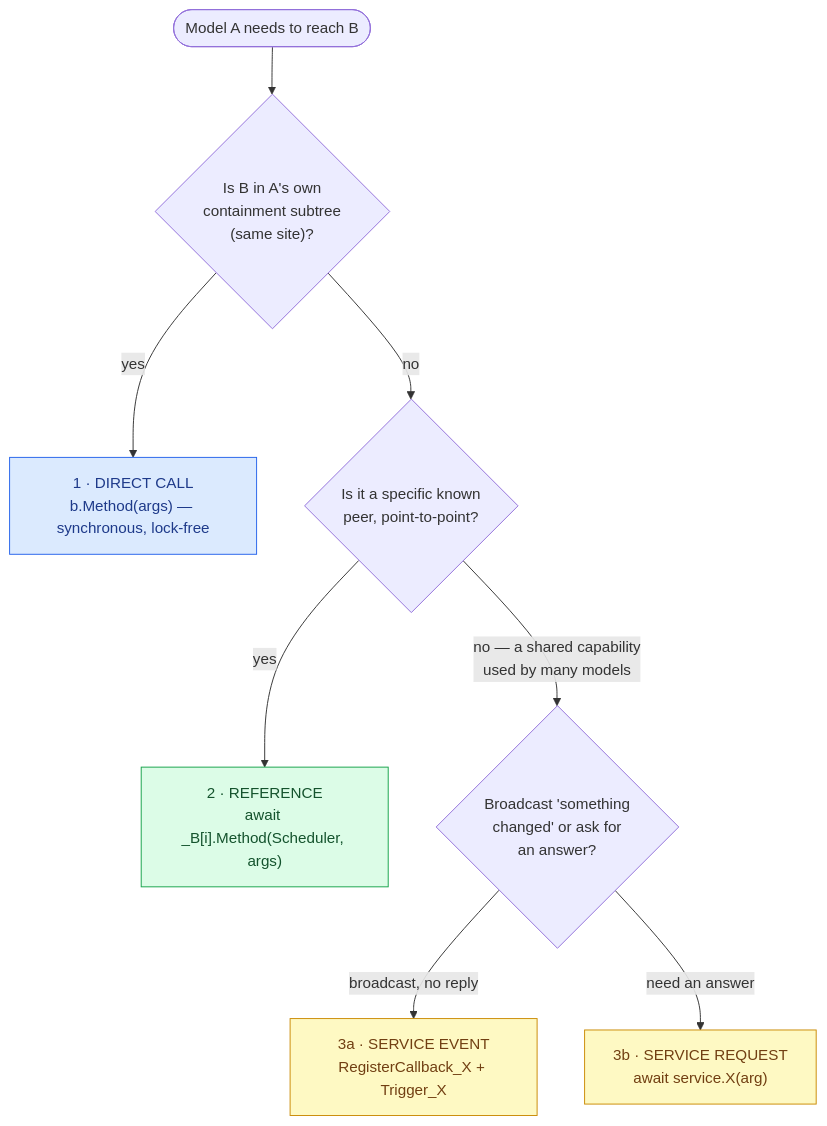
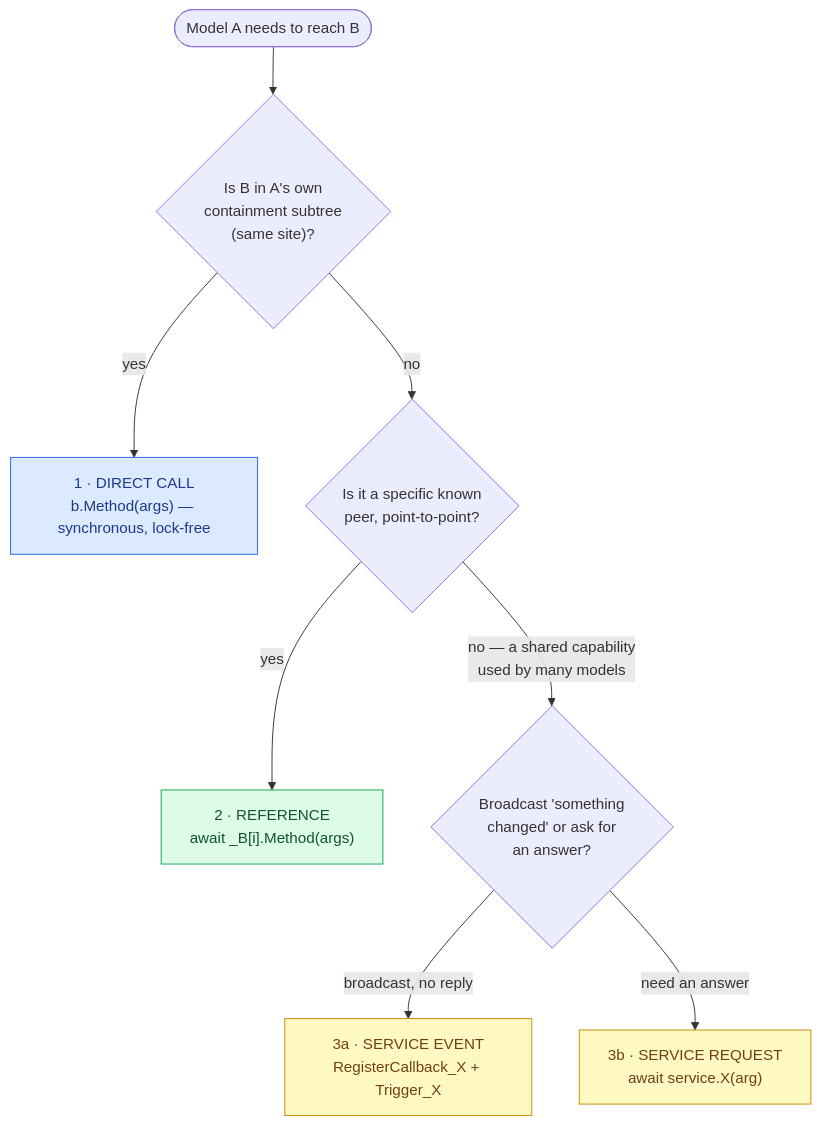
The first of 6 diagrams in public/content/interaction-patterns.md (SimulaSharp-org/simulasharp-docs), drawn with Mermaid before and after one commit. The commit also changed other lines of this file and 13 other files, not shown here.

````diff
--- a/public/content/interaction-patterns.md
+++ b/public/content/interaction-patterns.md
@@ -15,19 +15,19 @@
 ```mermaid
 flowchart TD
   START(["Model A needs to reach B"]) --> Q1
   Q1{"Is B in A's own<br/>containment subtree<br/>(same site)?"}
   Q1 -->|"yes"| DIRECT["1 · DIRECT CALL<br/>b.Method(args) — synchronous, lock-free"]
   Q1 -->|"no"| Q2
   Q2{"Is it a specific known<br/>peer, point-to-point?"}
-  Q2 -->|"yes"| REF["2 · REFERENCE<br/>await _B[i].Method(Scheduler, args)"]
+  Q2 -->|"yes"| REF["2 · REFERENCE<br/>await _B[i].Method(args)"]
   Q2 -->|"no — a shared capability<br/>used by many models"| Q3
   Q3{"Broadcast 'something<br/>changed' or ask for<br/>an answer?"}
   Q3 -->|"broadcast, no reply"| EVT["3a · SERVICE EVENT<br/>RegisterCallback_X + Trigger_X"]
   Q3 -->|"need an answer"| RQ["3b · SERVICE REQUEST<br/>await service.X(arg)"]
   classDef d fill:#dbeafe,stroke:#2563eb,color:#1e3a8a;
   classDef r fill:#dcfce7,stroke:#16a34a,color:#14532d;
   classDef s fill:#fef9c3,stroke:#ca8a04,color:#713f12;
   class DIRECT d;
   class REF r;
   class EVT,RQ s;
 ```
````
